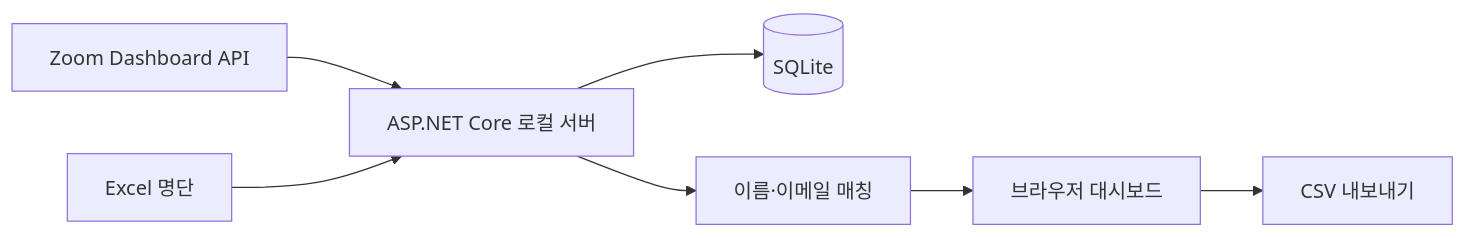
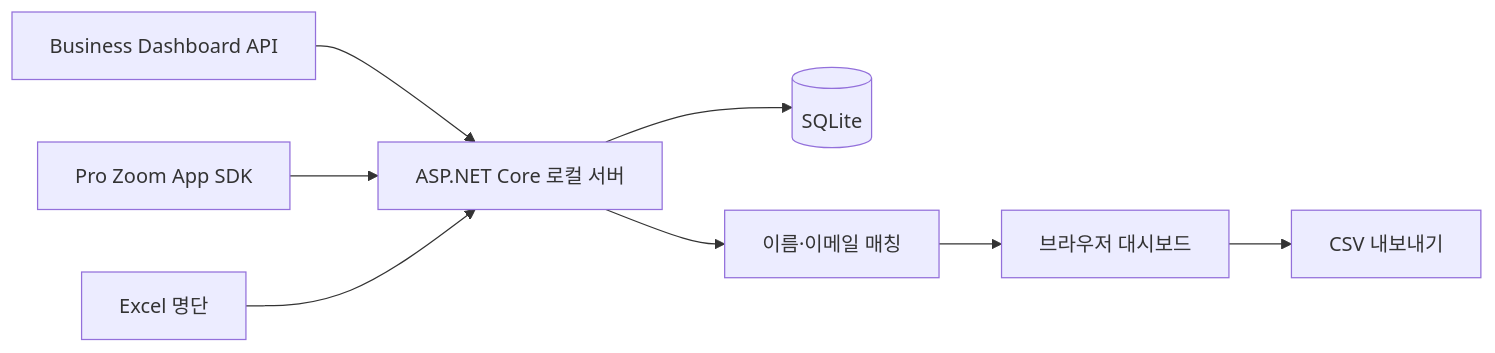
The diagram in README.ko.md (ianlyoo/zoomcheck), drawn with Mermaid before and after one commit. The commit also changed other lines of this file and 25 other files, not shown here.

Commit message:
feat: support Pro meetings with Zoom App bridge

````diff
--- a/README.ko.md
+++ b/README.ko.md
@@ -63,9 +97,10 @@
 ```mermaid
 flowchart LR
-  A[Zoom Dashboard API] --> B[ASP.NET Core 로컬 서버]
+  A[Business Dashboard API] --> B[ASP.NET Core 로컬 서버]
+  H[Pro Zoom App SDK] --> B
   C[Excel 명단] --> B
   B --> D[(SQLite)]
   B --> E[이름·이메일 매칭]
   E --> F[브라우저 대시보드]
   F --> G[CSV 내보내기]
 ```
````
